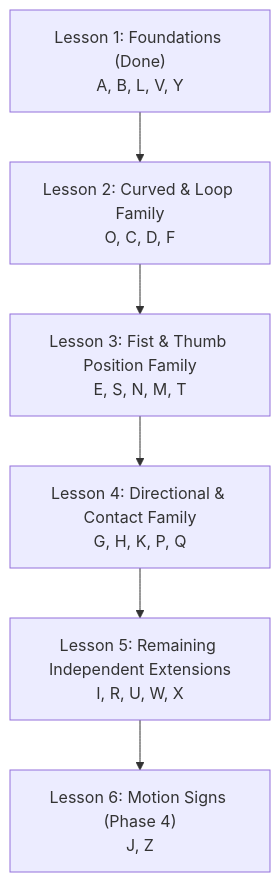
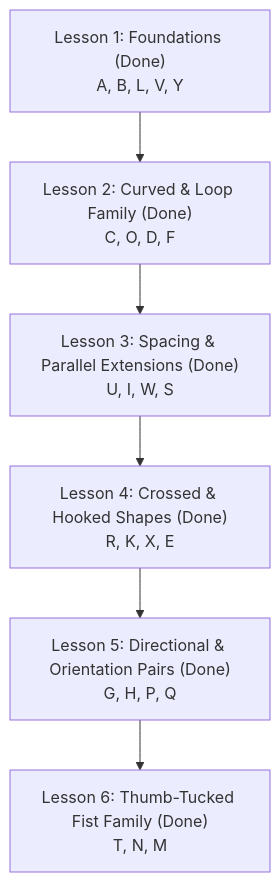
Before and after one commit to jubayerprantor/asl-practice-coach: the first of 3 diagrams in plan.md, drawn with Mermaid. The commit also changed other lines of this file and 39 other files, not shown here.

````diff
--- a/plan.md
+++ b/plan.md
@@ -68,8 +52,8 @@
 ```mermaid
 flowchart TD
-    L1["Lesson 1: Foundations (Done)\nA, B, L, V, Y"] --> L2["Lesson 2: Curved & Loop Family\nO, C, D, F"]
-    L2 --> L3["Lesson 3: Fist & Thumb Position Family\nE, S, N, M, T"]
-    L3 --> L4["Lesson 4: Directional & Contact Family\nG, H, K, P, Q"]
-    L4 --> L5["Lesson 5: Remaining Independent Extensions\nI, R, U, W, X"]
-    L5 --> L6["Lesson 6: Motion Signs (Phase 4)\nJ, Z"]
+    L1["Lesson 1: Foundations (Done)\nA, B, L, V, Y"] --> L2["Lesson 2: Curved & Loop Family (Done)\nC, O, D, F"]
+    L2 --> L3["Lesson 3: Spacing & Parallel Extensions (Done)\nU, I, W, S"]
+    L3 --> L4["Lesson 4: Crossed & Hooked Shapes (Done)\nR, K, X, E"]
+    L4 --> L5["Lesson 5: Directional & Orientation Pairs (Done)\nG, H, P, Q"]
+    L5 --> L6["Lesson 6: Thumb-Tucked Fist Family (Done)\nT, N, M"]
 ```
````
